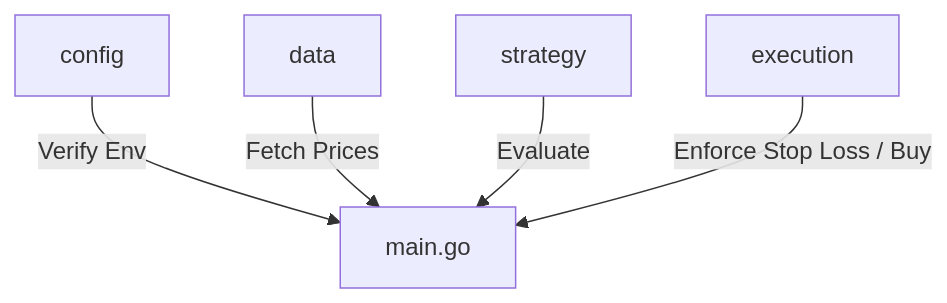
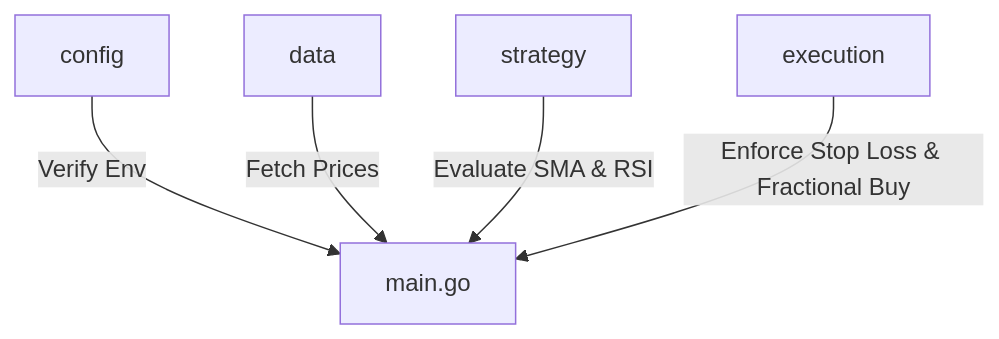
One commit to HaiqalHarona/go-tradingbot changed the first of 2 diagrams in README.md. Above: the diagram before and after it, drawn with Mermaid. The commit also changed other lines of this file and 2 other files, not shown here.

````diff
--- a/README.md
+++ b/README.md
@@ -11,7 +11,7 @@
 ```mermaid
 graph TD
     Config[config] -->|Verify Env| Main[main.go]
     Fetcher[data] -->|Fetch Prices| Main
-    Strategy[strategy] -->|Evaluate| Main
-    RiskGuard[execution] -->|Enforce Stop Loss / Buy| Main
+    Strategy[strategy] -->|Evaluate SMA & RSI| Main
+    RiskGuard[execution] -->|Enforce Stop Loss & Fractional Buy| Main
 ```
````
